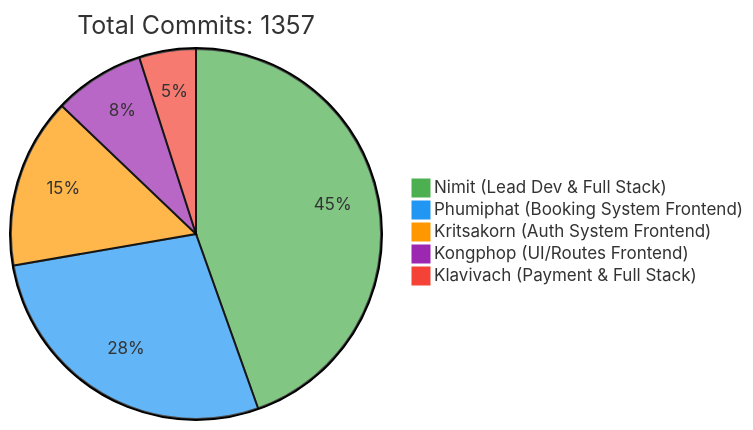
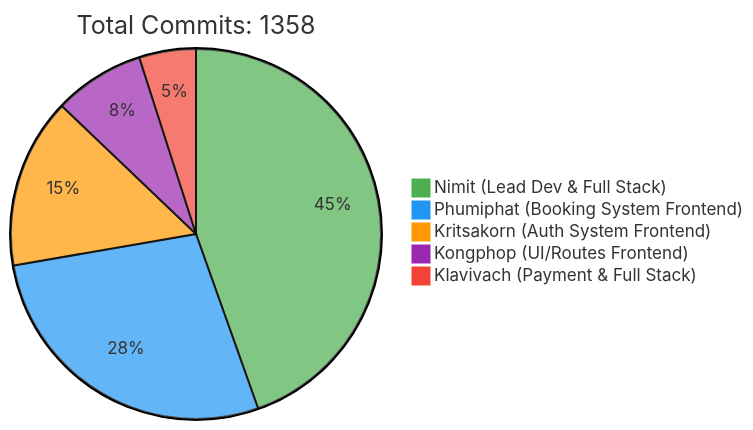
The first of 2 diagrams in README.md (6531503042/Sport-Complex), drawn with Mermaid before and after one commit. The commit also changed other lines of this file, not shown here.

Commit message:
docs: Update contributor statistics [skip ci]

````diff
--- a/README.md
+++ b/README.md
@@ -257,10 +257,10 @@
 ```mermaid
 %%{init: {'theme': 'base', 'themeVariables': { 'pie1': '#4CAF50', 'pie2': '#2196F3', 'pie3': '#FF9800', 'pie4': '#9C27B0', 'pie5': '#F44336'}}}%%
 pie
-    title Total Commits: 1357
+    title Total Commits: 1358
     "Nimit (Lead Dev & Full Stack)" : 450
     "Phumiphat (Booking System Frontend)" : 280
     "Kritsakorn (Auth System Frontend)" : 150
     "Kongphop (UI/Routes Frontend)" : 80
     "Klavivach (Payment & Full Stack)" : 50
 ```
````
